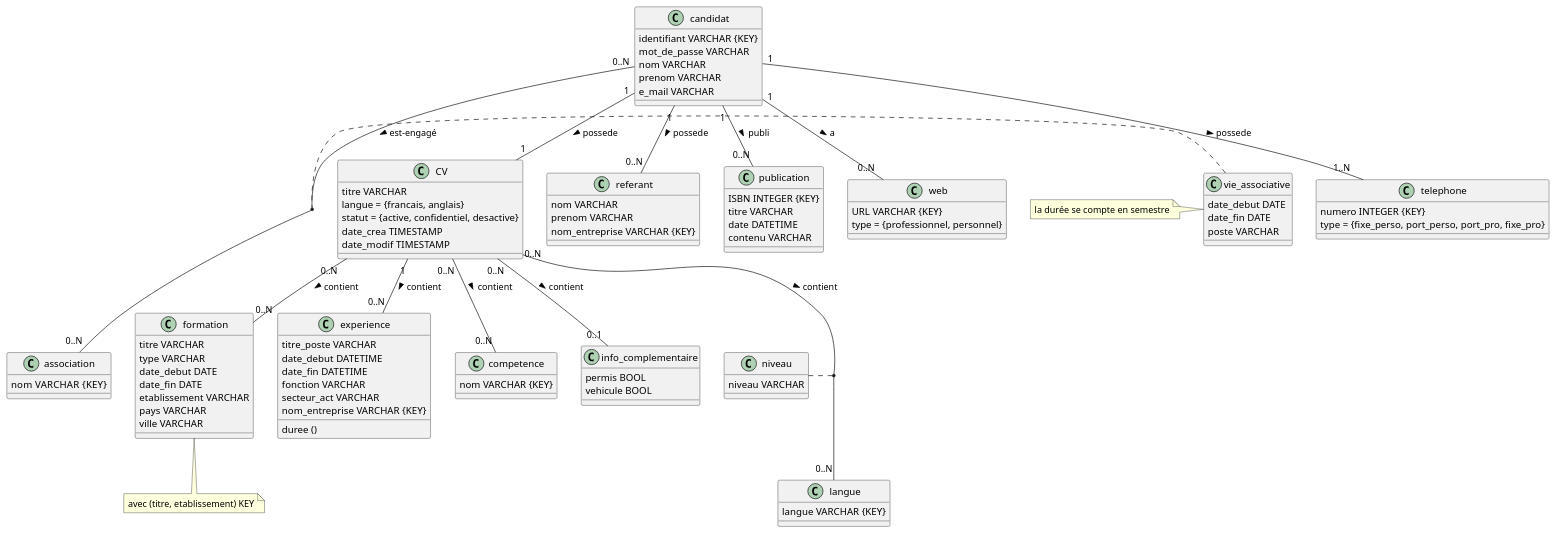
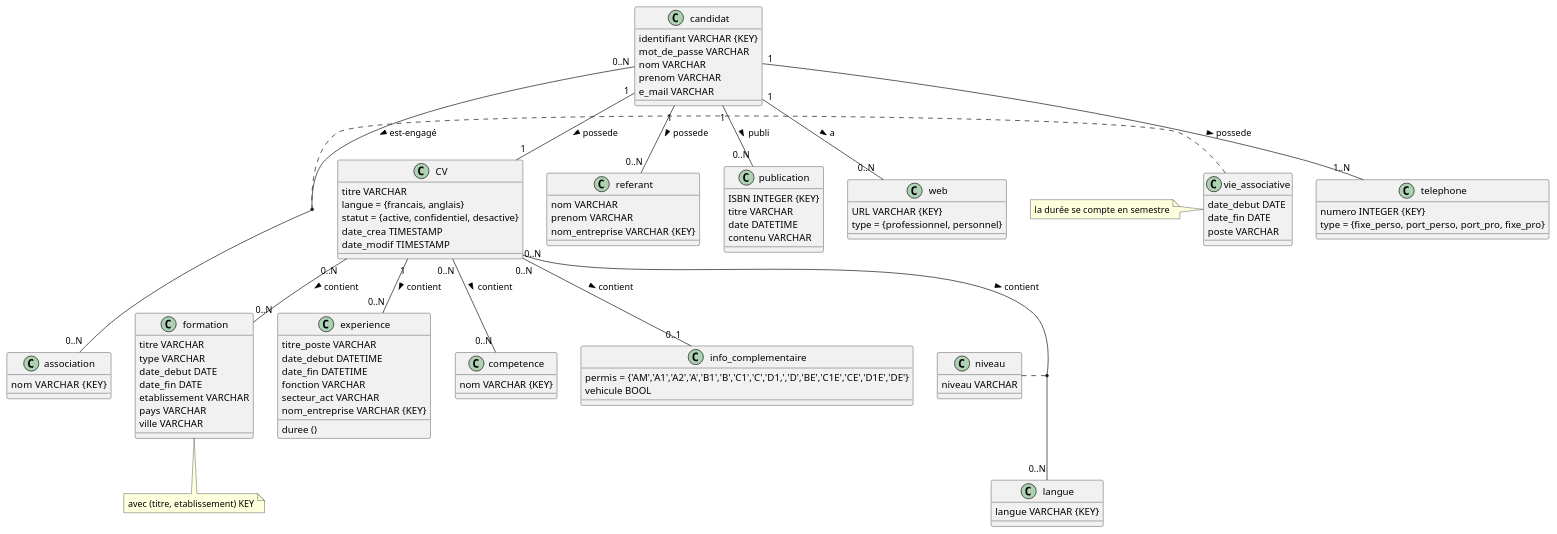
Before and after one commit to louisepght/database_CVtheque: the diagram in UML.plantUML, drawn with PlantUML.

Commit message:
Update UML.plantUML changement ENUM permis

```diff
--- a/UML.plantUML
+++ b/UML.plantUML
@@ -1,122 +1,122 @@
 @startuml
 
 CV "0..N" -- "0..N" formation : contient >
 
 CV "1" -- "0..N" experience : contient >
 
 CV "0..N" -- "0..N" competence : contient >
 
 CV "0..N" -- "0..N" langue : contient >
 
 CV "0..N" -- "0..1" info_complementaire : contient >
 
 candidat "1" -- "1" CV : possede >
 
 candidat "1"-- "0..N" referant : possede >
 
 candidat "1" -- "0..N" publication : publi >
 
 candidat "1" -- "0..N" web : a > 
 
 candidat "1" -- "1..N" telephone : possede >
 
 candidat "0..N" -- "0..N" association : est-engagé >
 
 niveau .. (CV, langue)
 
 vie_associative .. (association, candidat)
 
 note left of vie_associative : la durée se compte en semestre
 
 class vie_associative{
     date_debut DATE
     date_fin DATE
     poste VARCHAR
 }
 
 class niveau {
     niveau VARCHAR
 }
 
 class CV {
   titre VARCHAR 
   langue = {francais, anglais}
   statut = {active, confidentiel, desactive}
   date_crea TIMESTAMP
   date_modif TIMESTAMP
 }
 
 class formation { 
   titre VARCHAR 
   type VARCHAR 
   date_debut DATE
   date_fin DATE
   etablissement VARCHAR 
   pays VARCHAR
   ville VARCHAR
 }
 
 class formation
 note bottom: avec (titre, etablissement) KEY
 
 class experience{
     titre_poste VARCHAR 
     date_debut DATETIME 
     date_fin DATETIME 
     fonction VARCHAR 
     secteur_act VARCHAR 
     nom_entreprise VARCHAR {KEY} 
     duree ()
 }
 
 class competence{
     nom VARCHAR {KEY}
 }
 
 class langue{
     langue VARCHAR {KEY}
 }
 
 class info_complementaire{
-    permis BOOL
+    permis = {'AM','A1','A2','A','B1','B','C1','C','D1,','D','BE','C1E','CE','D1E','DE'}
     vehicule BOOL
 }
 
 class candidat{
     identifiant VARCHAR {KEY}
     mot_de_passe VARCHAR 
     nom VARCHAR
     prenom VARCHAR
     e_mail VARCHAR
 }
 
 class referant{
     nom VARCHAR
     prenom VARCHAR
     nom_entreprise VARCHAR {KEY}
 }
 
 class publication{
     ISBN INTEGER {KEY}
     titre VARCHAR 
     date DATETIME 
     contenu VARCHAR 
 }
 
 class web {
     URL VARCHAR {KEY}
     type = {professionnel, personnel}
 }
 
 class telephone {
     numero INTEGER {KEY}
     type = {fixe_perso, port_perso, port_pro, fixe_pro}
 }
 
 class association{
     nom VARCHAR  {KEY}
 }
 
 
 
 @enduml
```
